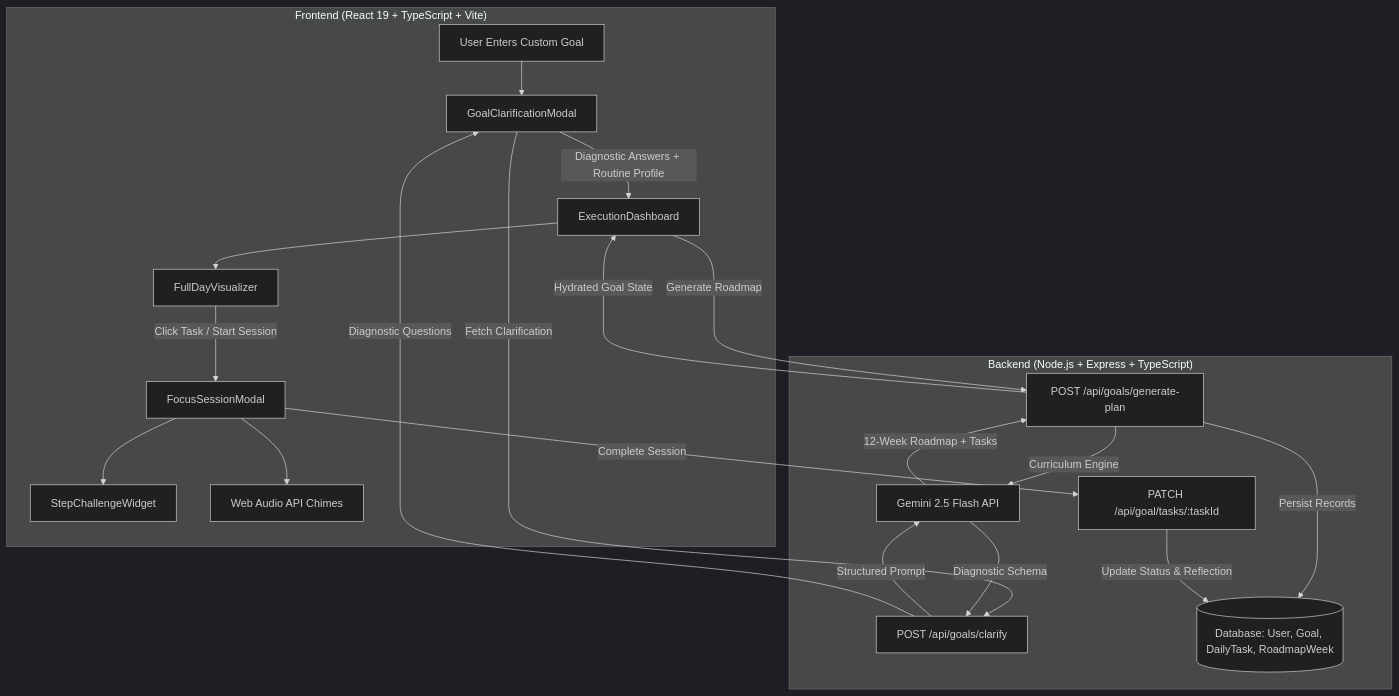
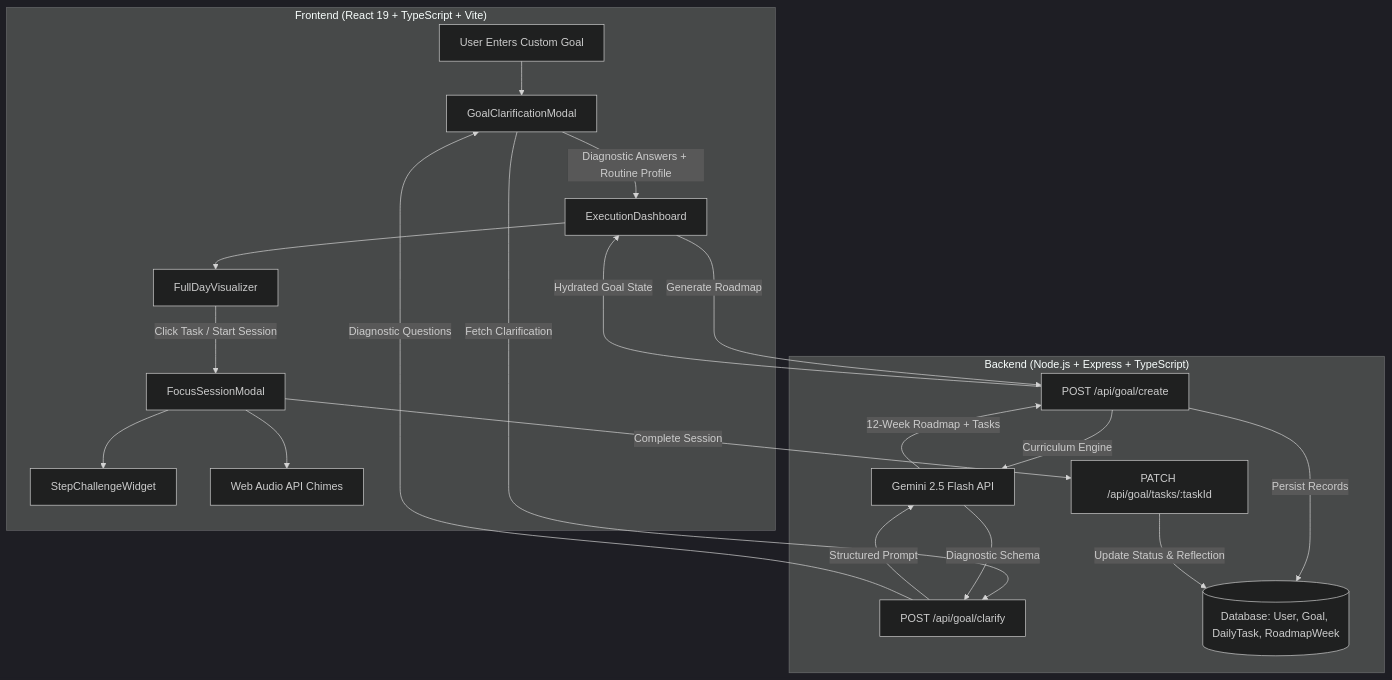
Before and after one commit to moahmed325/AchiviiWeb: the diagram in docs/architecture/custom-goal-engine.md, drawn with Mermaid (dark theme). The commit also changed 2 other files, not shown here.

Commit message:
fix(api): one helper reads task and plan-action replies; fix doc routes (B-34, B-35)
- readJson() in api.ts reads the reply for planAction and updateDailyTask:
  a refusal throws ApiError (server text or fallback, status, reason as
  code); a 200 whose body is not JSON now throws ApiError with the fallback.
- custom-goal-engine.md: POST /api/goal/clarify and POST /api/goal/create.

````diff
--- a/docs/architecture/custom-goal-engine.md
+++ b/docs/architecture/custom-goal-engine.md
@@ -46,33 +46,33 @@
 ```mermaid
 flowchart TD
     subgraph Client["Frontend (React 19 + TypeScript + Vite)"]
         A[User Enters Custom Goal] --> B[GoalClarificationModal]
         B -->|Diagnostic Answers + Routine Profile| C[ExecutionDashboard]
         C --> D[FullDayVisualizer]
         D -->|Click Task / Start Session| E[FocusSessionModal]
         E --> F[StepChallengeWidget]
         E --> G[Web Audio API Chimes]
     end
 
     subgraph Server["Backend (Node.js + Express + TypeScript)"]
-        H[POST /api/goals/clarify]
-        I[POST /api/goals/generate-plan]
+        H[POST /api/goal/clarify]
+        I[POST /api/goal/create]
         J[PATCH /api/goal/tasks/:taskId]
         K[Gemini 2.5 Flash API]
         L[(Database: User, Goal, DailyTask, RoadmapWeek)]
     end
 
     B -->|Fetch Clarification| H
     H -->|Structured Prompt| K
     K -->|Diagnostic Schema| H
     H -->|Diagnostic Questions| B
 
     C -->|Generate Roadmap| I
     I -->|Curriculum Engine| K
     K -->|12-Week Roadmap + Tasks| I
     I -->|Persist Records| L
     I -->|Hydrated Goal State| C
 
     E -->|Complete Session| J
     J -->|Update Status & Reflection| L
 ```
````
